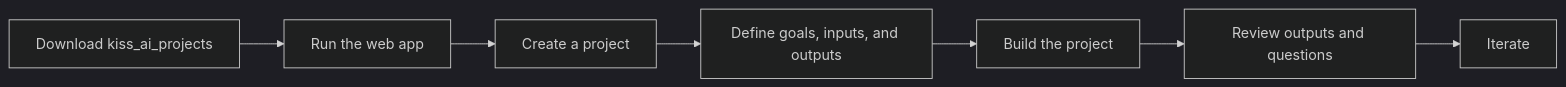
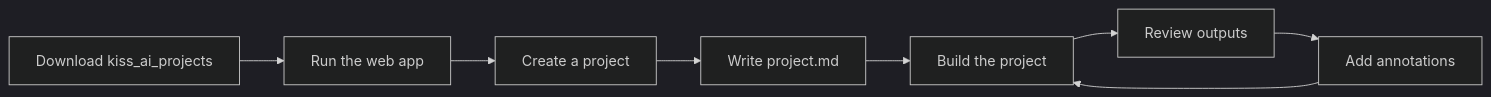
Before and after one commit to allhailai/kiss_ai: the diagram in README.md, drawn with Mermaid (dark theme). The commit also changed other lines of this file and 89 other files, not shown here.

````diff
--- a/README.md
+++ b/README.md
@@ -17,9 +17,10 @@
 ```mermaid
 flowchart LR
   downloadProject["Download kiss_ai_projects"] --> runWebApp["Run the web app"]
   runWebApp --> createProject["Create a project"]
-  createProject --> defineProject["Define goals, inputs, and outputs"]
-  defineProject --> buildProject["Build the project"]
-  buildProject --> reviewOutputs["Review outputs and questions"]
-  reviewOutputs --> iterate["Iterate"]
+  createProject --> writeProject["Write project.md"]
+  writeProject --> buildProject["Build the project"]
+  buildProject --> reviewOutputs["Review outputs"]
+  reviewOutputs --> annotate["Add annotations"]
+  annotate --> buildProject
 ```
````
